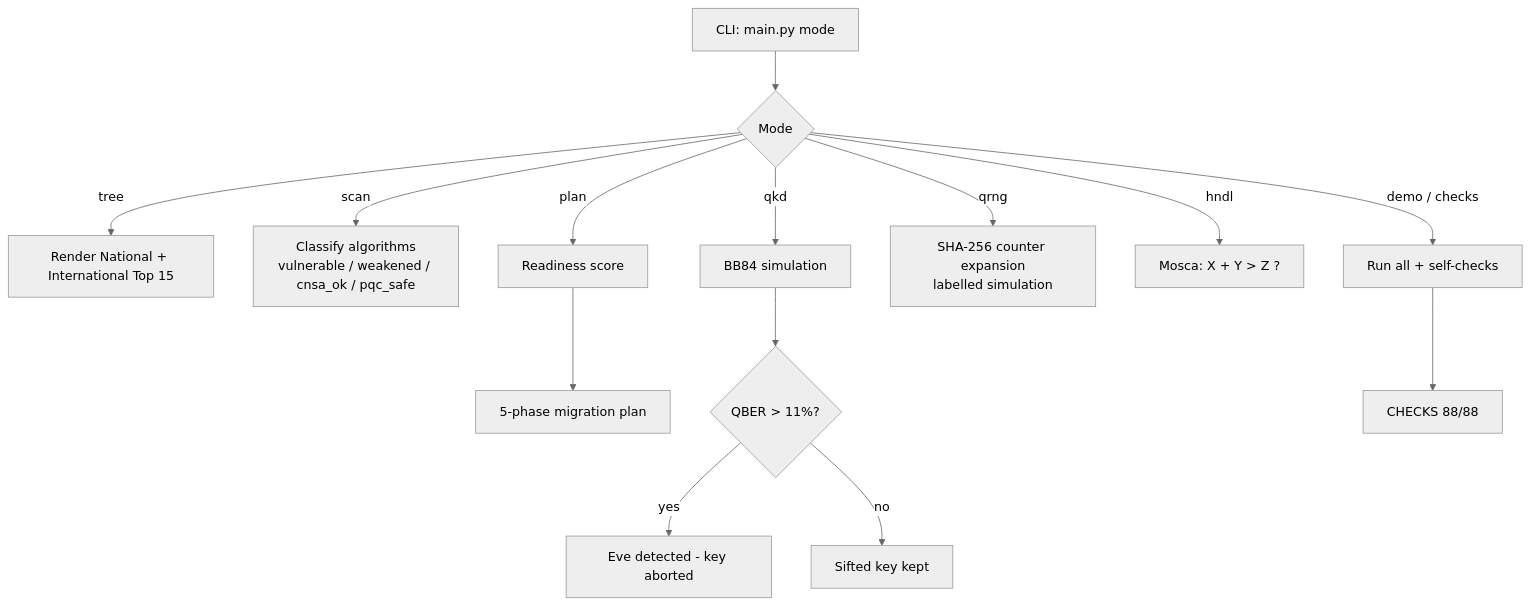
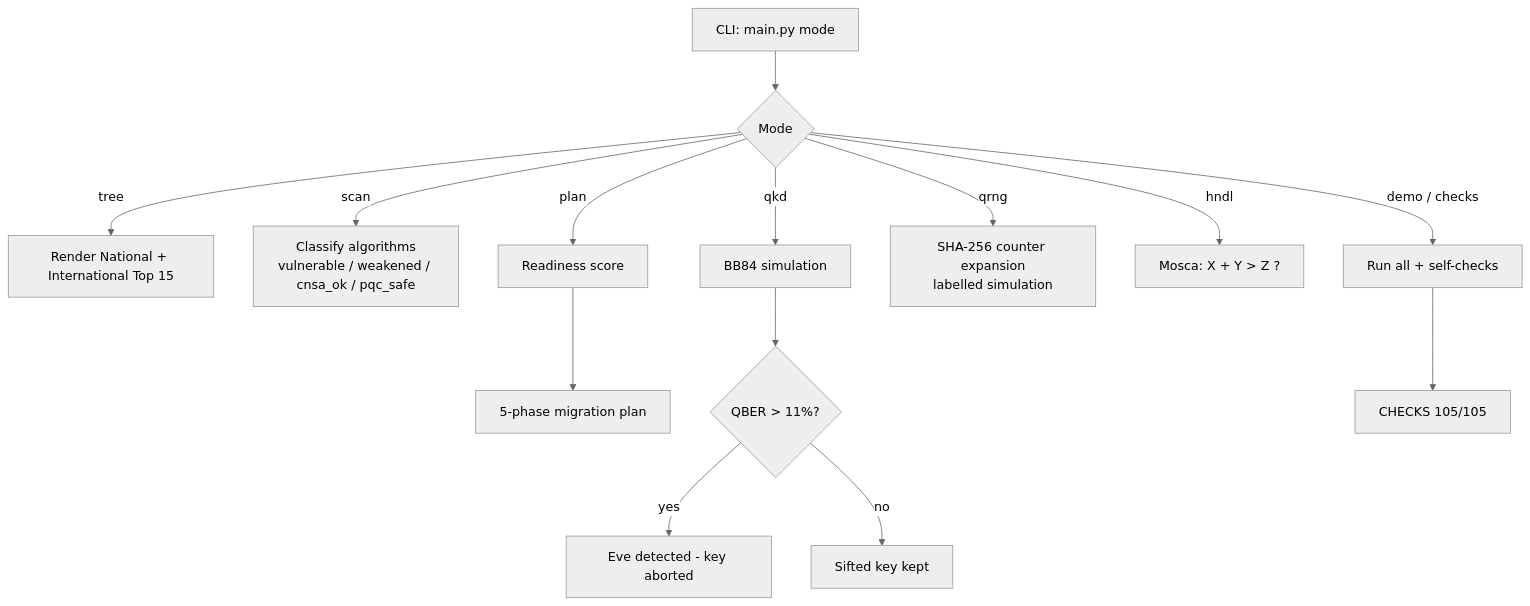
The first of 2 diagrams in README.md (kimanicollier44-cmyk/ACD-QUANTUM), drawn with Mermaid (neutral theme) before and after one commit. The commit also changed other lines of this file and 3 other files, not shown here.

````diff
--- a/README.md
+++ b/README.md
@@ -85,13 +88,13 @@
 ```mermaid
 flowchart TD
     A[CLI: main.py mode] --> B{Mode}
     B -->|tree| C[Render National + International Top 15]
     B -->|scan| D[Classify algorithms<br/>vulnerable / weakened / cnsa_ok / pqc_safe]
     B -->|plan| E[Readiness score] --> F[5-phase migration plan]
     B -->|qkd| G[BB84 simulation] --> H{QBER > 11%?}
     H -->|yes| I[Eve detected - key aborted]
     H -->|no| J[Sifted key kept]
     B -->|qrng| K[SHA-256 counter expansion<br/>labelled simulation]
     B -->|hndl| L[Mosca: X + Y > Z ?]
-    B -->|demo / checks| M[Run all + self-checks] --> N[CHECKS 88/88]
+    B -->|demo / checks| M[Run all + self-checks] --> N[CHECKS 105/105]
 ```
````
